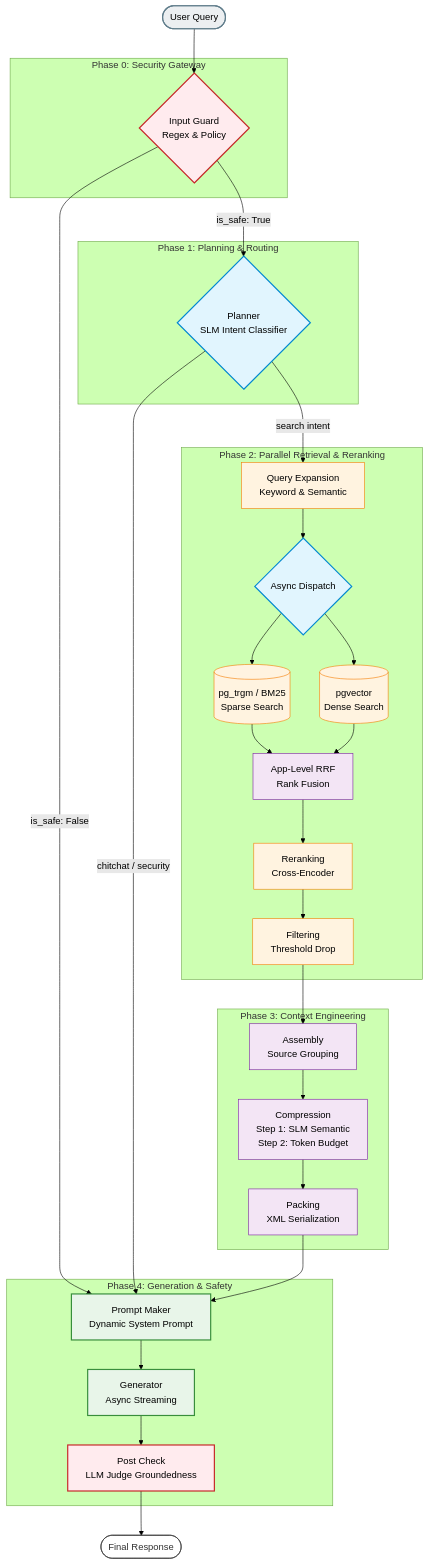
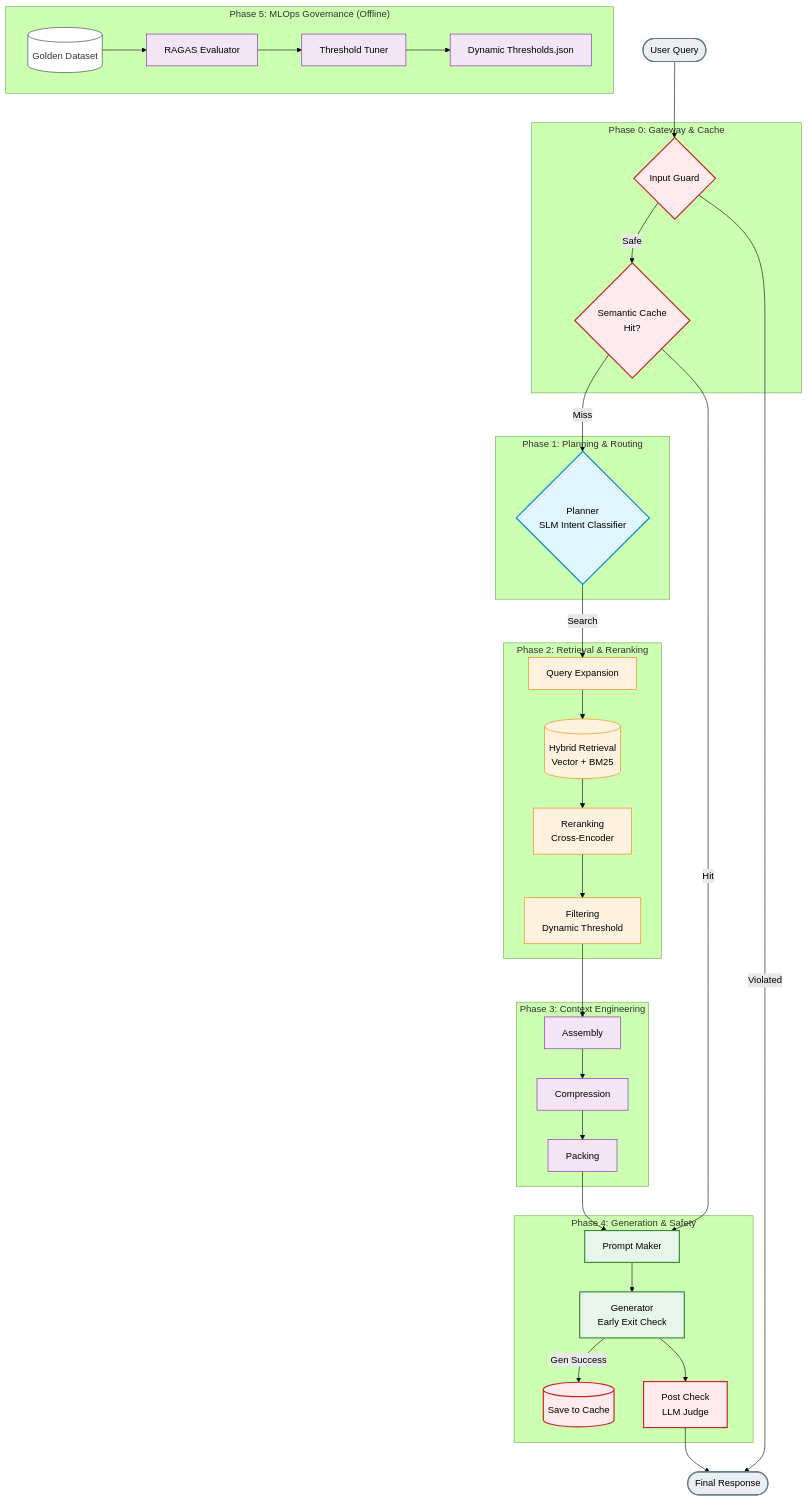
One commit to YeongjunHong/RAG_framework changed the diagram in README.md. Above: the diagram before and after it, drawn with Mermaid (forest theme). The commit also changed other lines of this file, not shown here.

````diff
--- a/README.md
+++ b/README.md
@@ -131,69 +114,50 @@
 ```mermaid
 graph TD
     classDef default fill:#ffffff,stroke:#333,stroke-width:1px,color:#333;
     classDef router fill:#e1f5fe,stroke:#0288d1,stroke-width:2px,color:#000;
     classDef retrieval fill:#fff3e0,stroke:#f57c00,stroke-width:1px,color:#000;
     classDef process fill:#f3e5f5,stroke:#7b1fa2,stroke-width:1px,color:#000;
     classDef generation fill:#e8f5e9,stroke:#388e3c,stroke-width:2px,color:#000;
     classDef endpoint fill:#eceff1,stroke:#607d8b,stroke-width:2px,color:#000;
     classDef guard fill:#ffebee,stroke:#c62828,stroke-width:2px,color:#000;
 
     Start([User Query]):::endpoint --> InputGuard
 
-    subgraph "Phase 0: Security Gateway"
-        InputGuard{Input Guard<br/>Regex & Policy}:::guard
+    subgraph "Phase 0: Gateway & Cache"
+        InputGuard{Input Guard}:::guard -- "Safe" --> CacheCheck{Semantic Cache<br/>Hit?}:::guard
     end
 
     subgraph "Phase 1: Planning & Routing"
-        Planner{Planner<br/>SLM Intent Classifier}:::router
+        CacheCheck -- "Miss" --> Planner{Planner<br/>SLM Intent Classifier}:::router
     end
 
-    subgraph "Phase 2: Parallel Retrieval & Reranking"
-        QueryExpansion[Query Expansion<br/>Keyword & Semantic]:::retrieval
-        
-        RetrievalSplit{Async Dispatch}:::router
-        BM25[(pg_trgm / BM25<br/>Sparse Search)]:::retrieval
-        Vector[(pgvector<br/>Dense Search)]:::retrieval
-        RRF[App-Level RRF<br/>Rank Fusion]:::process
-        
-        Reranking[Reranking<br/>Cross-Encoder]:::retrieval
-        Filtering[Filtering<br/>Threshold Drop]:::retrieval
+    subgraph "Phase 2: Retrieval & Reranking"
+        Planner -- "Search" --> QueryExpansion[Query Expansion]:::retrieval
+        QueryExpansion --> Retrieval[(Hybrid Retrieval<br/>Vector + BM25)]:::retrieval
+        Retrieval --> Reranking[Reranking<br/>Cross-Encoder]:::retrieval
+        Reranking --> Filtering[Filtering<br/>Dynamic Threshold]:::retrieval
     end
 
     subgraph "Phase 3: Context Engineering"
-        Assembly[Assembly<br/>Source Grouping]:::process
-        Compression[Compression<br/>Step 1: SLM Semantic<br/>Step 2: Token Budget]:::process
-        Packing[Packing<br/>XML Serialization]:::process
+        Filtering --> Assembly[Assembly]:::process
+        Assembly --> Compression[Compression]:::process
+        Compression --> Packing[Packing]:::process
     end
 
     subgraph "Phase 4: Generation & Safety"
-        PromptMaker[Prompt Maker<br/>Dynamic System Prompt]:::generation
-        Generator[Generator<br/>Async Streaming]:::generation
-        PostCheck[Post Check<br/>LLM Judge Groundedness]:::guard
+        Packing --> PromptMaker[Prompt Maker]:::generation
+        CacheCheck -- "Hit" --> PromptMaker
+        PromptMaker --> Generator[Generator<br/>Early Exit Check]:::generation
+        Generator -- "Gen Success" --> CacheSave[(Save to Cache)]:::guard
+        Generator --> PostCheck[Post Check<br/>LLM Judge]:::guard
     end
 
-    %% Data Flow & Routing
-    InputGuard -- "is_safe: False" --> PromptMaker
-    InputGuard -- "is_safe: True" --> Planner
+    subgraph "Phase 5: MLOps Governance (Offline)"
+        GoldenSet[(Golden Dataset)] --> Eval[RAGAS Evaluator]:::process
+        Eval --> Tuner[Threshold Tuner]:::process
+        Tuner --> DynamicConfig[Dynamic Thresholds.json]:::process
+    end
 
-    Planner -- "chitchat / security" --> PromptMaker
-    Planner -- "search intent" --> QueryExpansion
-
-    QueryExpansion --> RetrievalSplit
-    RetrievalSplit --> BM25
-    RetrievalSplit --> Vector
-    BM25 --> RRF
-    Vector --> RRF
-    
-    RRF --> Reranking
-    Reranking --> Filtering
-    Filtering --> Assembly
-    
-    Assembly --> Compression
-    Compression --> Packing
-    Packing --> PromptMaker
-
-    PromptMaker --> Generator
-    Generator --> PostCheck
-    PostCheck --> End([Final Response]):::endpoin
+    PostCheck --> End([Final Response]):::endpoint
+    InputGuard -- "Violated" --> End
   ```
````
